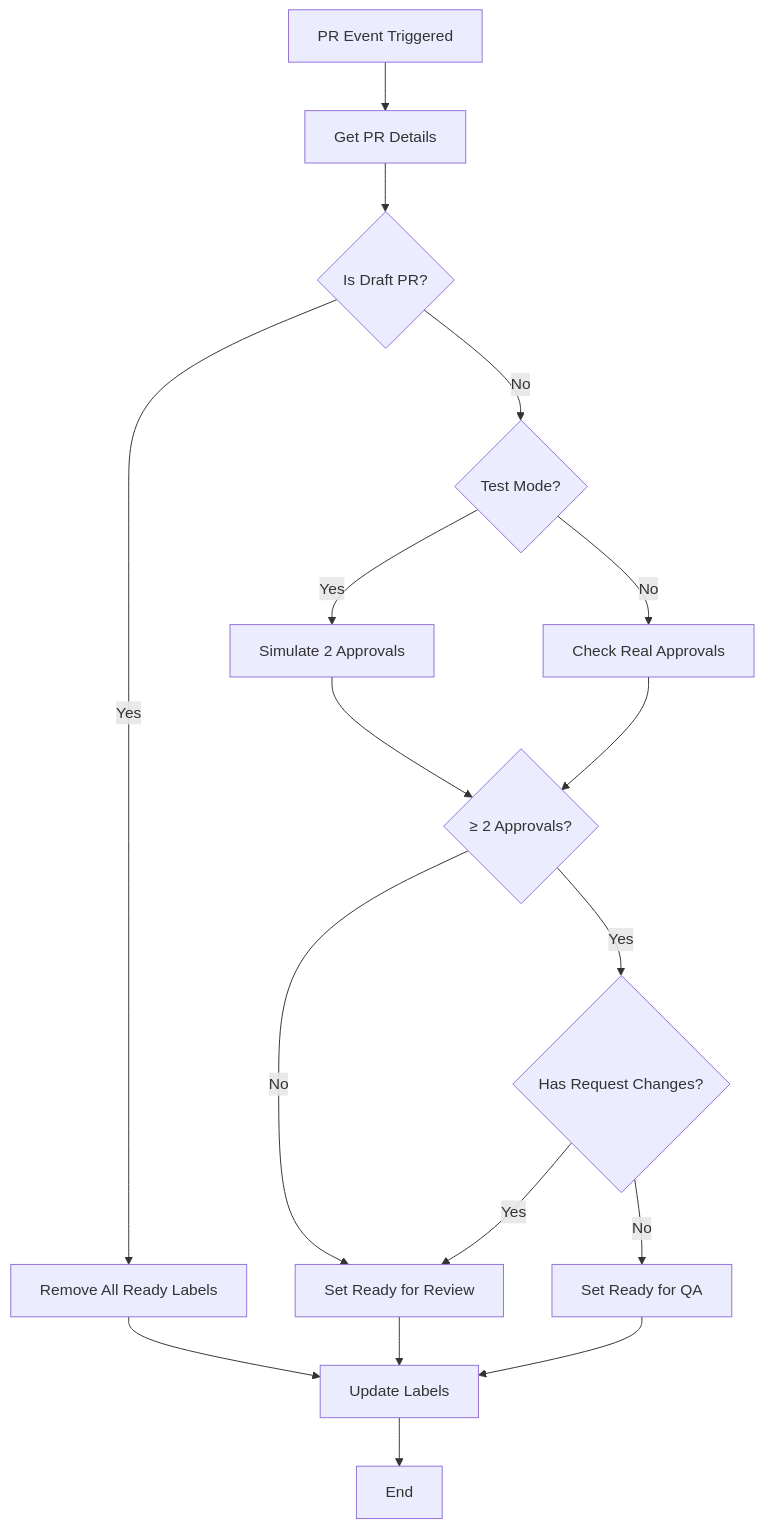
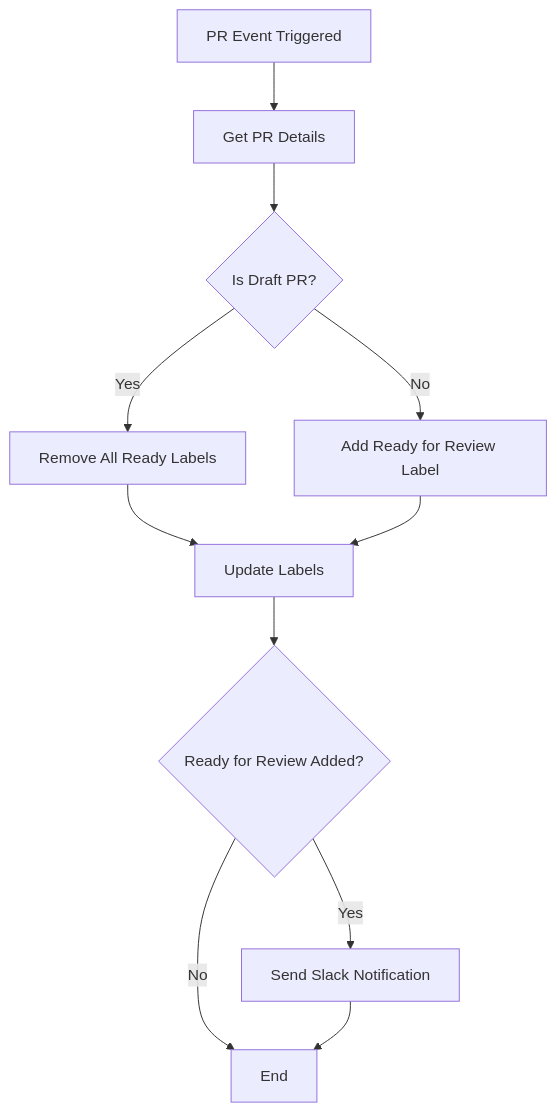
The first of 6 diagrams in QA-LABEL-MANAGEMENT-DOCUMENTATION.md (adobecom/express-milo), drawn with Mermaid before and after one commit. The commit also changed other lines of this file, not shown here.

Commit message:
Update QA label management docs with simplified workflow and PR reminder documentation

````diff
--- a/QA-LABEL-MANAGEMENT-DOCUMENTATION.md
+++ b/QA-LABEL-MANAGEMENT-DOCUMENTATION.md
@@ -55,19 +71,13 @@
 ```mermaid
 flowchart TD
     A[PR Event Triggered] --> B[Get PR Details]
     B --> C{Is Draft PR?}
     C -->|Yes| D[Remove All Ready Labels]
-    C -->|No| E{Test Mode?}
-    E -->|Yes| F[Simulate 2 Approvals]
-    E -->|No| G[Check Real Approvals]
-    F --> H{≥ 2 Approvals?}
-    G --> H
-    H -->|Yes| I{Has Request Changes?}
-    H -->|No| J[Set Ready for Review]
-    I -->|No| K[Set Ready for QA]
-    I -->|Yes| J
-    D --> L[Update Labels]
-    J --> L
-    K --> L
-    L --> M[End]
+    C -->|No| E[Add Ready for Review Label]
+    D --> F[Update Labels]
+    E --> F
+    F --> G{Ready for Review Added?}
+    G -->|Yes| H[Send Slack Notification]
+    G -->|No| I[End]
+    H --> I
 ```
````
